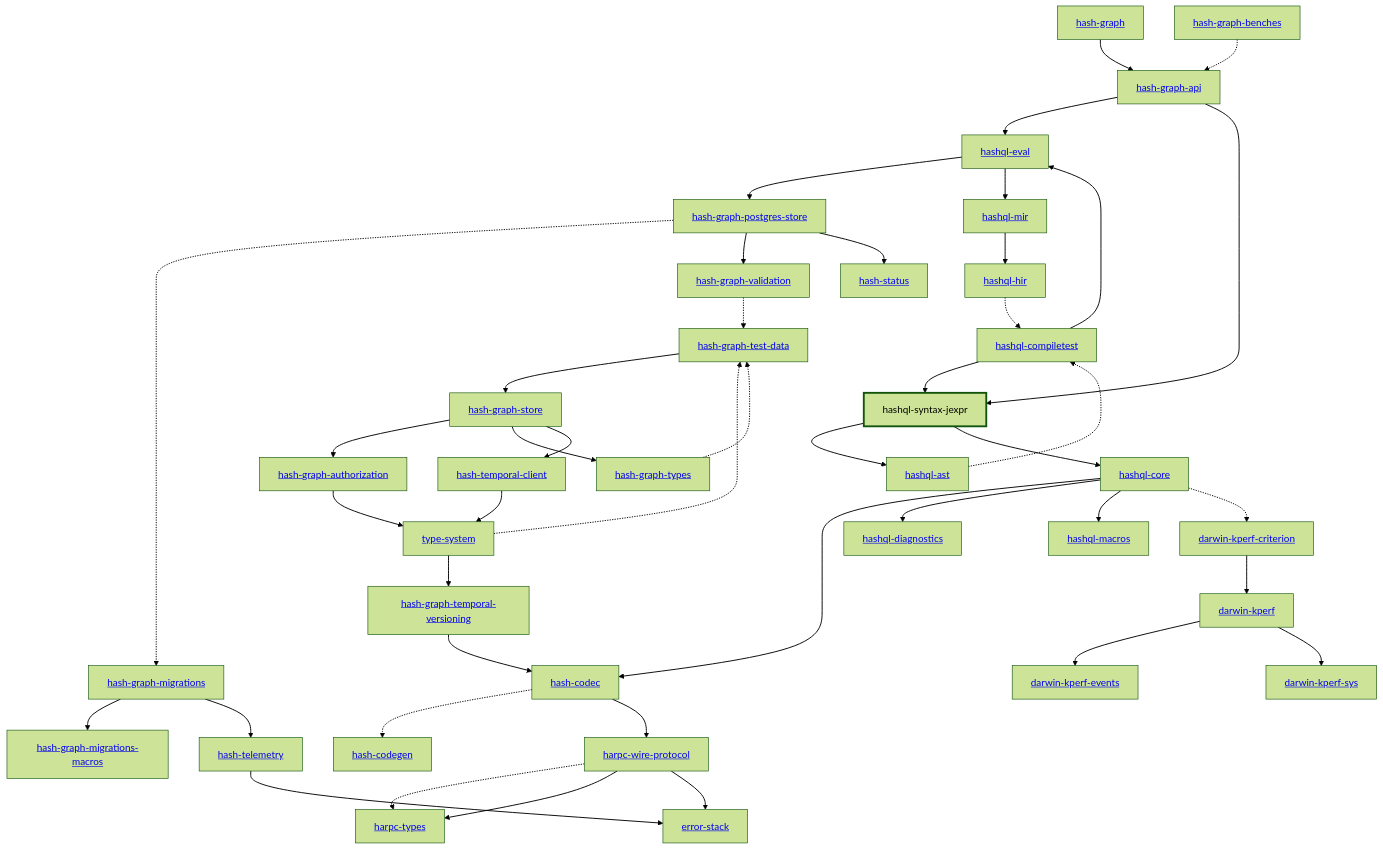
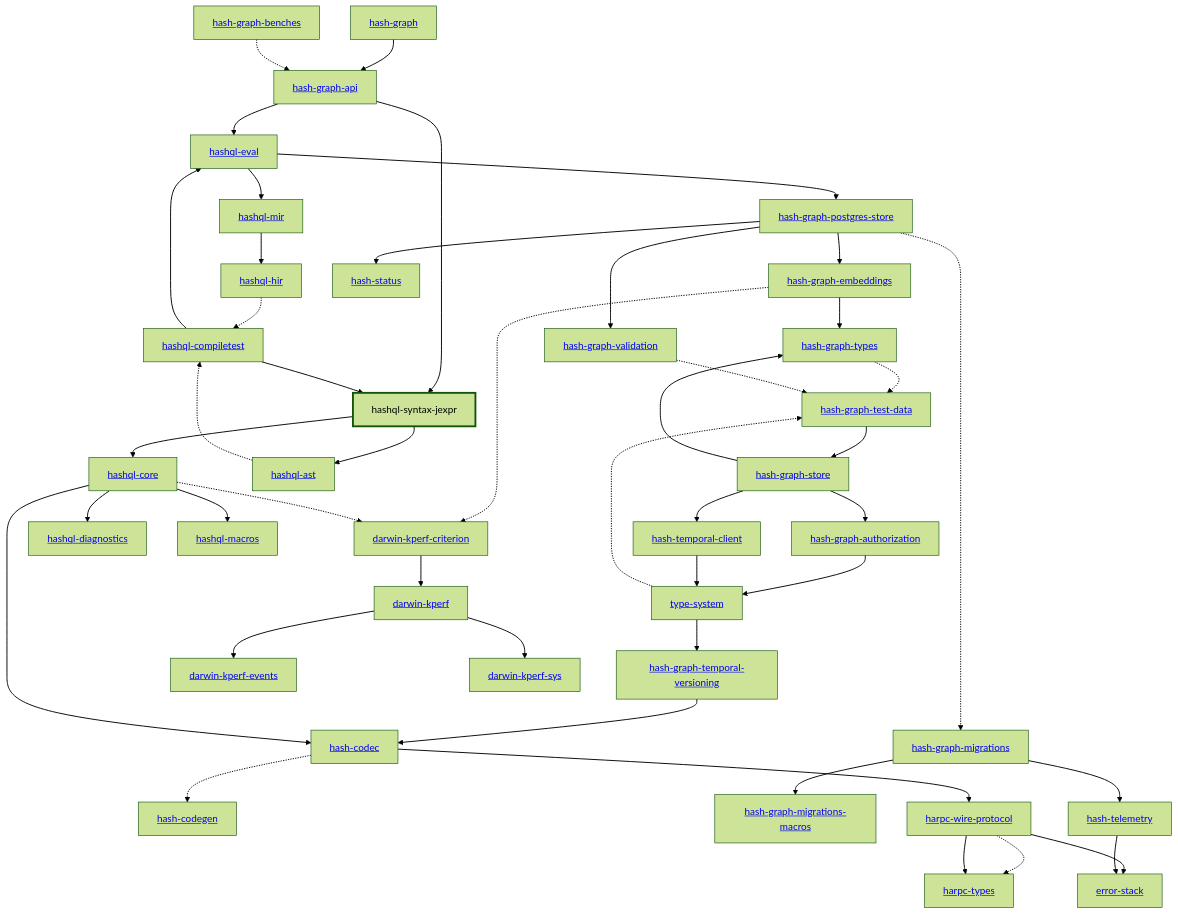
Before and after one commit to AKJUS/akin-hash: the diagram in libs/@local/hashql/syntax-jexpr/docs/dependency-diagram.mmd, drawn with Mermaid (forest theme). The commit also changed 52 other files, not shown here.

```diff
--- a/libs/@local/hashql/syntax-jexpr/docs/dependency-diagram.mmd
+++ b/libs/@local/hashql/syntax-jexpr/docs/dependency-diagram.mmd
@@ -1,87 +1,91 @@
 graph TD
     linkStyle default stroke-width:1.5px
     classDef default stroke-width:1px
     classDef root stroke-width:3px
     classDef dev stroke-width:1px
     classDef build stroke-width:1px
     %% Legend
     %% --> : Normal dependency
     %% -.-> : Dev dependency
     %% ---> : Build dependency
     0[<a href="../hash_graph/index.html">hash-graph</a>]
     1[<a href="../type_system/index.html">type-system</a>]
     2[<a href="../hash_codec/index.html">hash-codec</a>]
     3[<a href="../hash_codegen/index.html">hash-codegen</a>]
     4[<a href="../hash_graph_api/index.html">hash-graph-api</a>]
     5[<a href="../hash_graph_authorization/index.html">hash-graph-authorization</a>]
-    6[<a href="../hash_graph_migrations/index.html">hash-graph-migrations</a>]
-    7[<a href="../hash_graph_migrations_macros/index.html">hash-graph-migrations-macros</a>]
-    8[<a href="../hash_graph_postgres_store/index.html">hash-graph-postgres-store</a>]
-    9[<a href="../hash_graph_store/index.html">hash-graph-store</a>]
-    10[<a href="../hash_graph_temporal_versioning/index.html">hash-graph-temporal-versioning</a>]
-    11[<a href="../hash_graph_types/index.html">hash-graph-types</a>]
-    12[<a href="../hash_graph_validation/index.html">hash-graph-validation</a>]
-    13[<a href="../harpc_types/index.html">harpc-types</a>]
-    14[<a href="../harpc_wire_protocol/index.html">harpc-wire-protocol</a>]
-    15[<a href="../hashql_ast/index.html">hashql-ast</a>]
-    16[<a href="../hashql_compiletest/index.html">hashql-compiletest</a>]
-    17[<a href="../hashql_core/index.html">hashql-core</a>]
-    18[<a href="../hashql_diagnostics/index.html">hashql-diagnostics</a>]
-    19[<a href="../hashql_eval/index.html">hashql-eval</a>]
-    20[<a href="../hashql_hir/index.html">hashql-hir</a>]
-    21[<a href="../hashql_macros/index.html">hashql-macros</a>]
-    22[<a href="../hashql_mir/index.html">hashql-mir</a>]
-    23[hashql-syntax-jexpr]
-    class 23 root
-    24[<a href="../hash_status/index.html">hash-status</a>]
-    25[<a href="../hash_telemetry/index.html">hash-telemetry</a>]
-    26[<a href="../hash_temporal_client/index.html">hash-temporal-client</a>]
-    27[<a href="../darwin_kperf/index.html">darwin-kperf</a>]
-    28[<a href="../darwin_kperf_criterion/index.html">darwin-kperf-criterion</a>]
-    29[<a href="../darwin_kperf_events/index.html">darwin-kperf-events</a>]
-    30[<a href="../darwin_kperf_sys/index.html">darwin-kperf-sys</a>]
-    31[<a href="../error_stack/index.html">error-stack</a>]
-    32[<a href="../hash_graph_benches/index.html">hash-graph-benches</a>]
-    33[<a href="../hash_graph_test_data/index.html">hash-graph-test-data</a>]
+    6[<a href="../hash_graph_embeddings/index.html">hash-graph-embeddings</a>]
+    7[<a href="../hash_graph_migrations/index.html">hash-graph-migrations</a>]
+    8[<a href="../hash_graph_migrations_macros/index.html">hash-graph-migrations-macros</a>]
+    9[<a href="../hash_graph_postgres_store/index.html">hash-graph-postgres-store</a>]
+    10[<a href="../hash_graph_store/index.html">hash-graph-store</a>]
+    11[<a href="../hash_graph_temporal_versioning/index.html">hash-graph-temporal-versioning</a>]
+    12[<a href="../hash_graph_types/index.html">hash-graph-types</a>]
+    13[<a href="../hash_graph_validation/index.html">hash-graph-validation</a>]
+    14[<a href="../harpc_types/index.html">harpc-types</a>]
+    15[<a href="../harpc_wire_protocol/index.html">harpc-wire-protocol</a>]
+    16[<a href="../hashql_ast/index.html">hashql-ast</a>]
+    17[<a href="../hashql_compiletest/index.html">hashql-compiletest</a>]
+    18[<a href="../hashql_core/index.html">hashql-core</a>]
+    19[<a href="../hashql_diagnostics/index.html">hashql-diagnostics</a>]
+    20[<a href="../hashql_eval/index.html">hashql-eval</a>]
+    21[<a href="../hashql_hir/index.html">hashql-hir</a>]
+    22[<a href="../hashql_macros/index.html">hashql-macros</a>]
+    23[<a href="../hashql_mir/index.html">hashql-mir</a>]
+    24[hashql-syntax-jexpr]
+    class 24 root
+    25[<a href="../hash_status/index.html">hash-status</a>]
+    26[<a href="../hash_telemetry/index.html">hash-telemetry</a>]
+    27[<a href="../hash_temporal_client/index.html">hash-temporal-client</a>]
+    28[<a href="../darwin_kperf/index.html">darwin-kperf</a>]
+    29[<a href="../darwin_kperf_criterion/index.html">darwin-kperf-criterion</a>]
+    30[<a href="../darwin_kperf_events/index.html">darwin-kperf-events</a>]
+    31[<a href="../darwin_kperf_sys/index.html">darwin-kperf-sys</a>]
+    32[<a href="../error_stack/index.html">error-stack</a>]
+    33[<a href="../hash_graph_benches/index.html">hash-graph-benches</a>]
+    34[<a href="../hash_graph_test_data/index.html">hash-graph-test-data</a>]
     0 --> 4
-    1 --> 10
-    1 -.-> 33
+    1 --> 11
+    1 -.-> 34
     2 -.-> 3
-    2 --> 14
-    4 --> 19
-    4 --> 23
+    2 --> 15
+    4 --> 20
+    4 --> 24
     5 --> 1
-    6 --> 7
-    6 --> 25
-    8 -.-> 6
-    8 --> 12
-    8 --> 24
-    9 --> 5
-    9 --> 11
-    9 --> 26
-    10 --> 2
-    11 -.-> 33
-    12 -.-> 33
-    14 -.-> 13
-    14 --> 13
-    14 --> 31
-    15 -.-> 16
-    16 --> 19
-    16 --> 23
-    17 --> 2
-    17 --> 18
-    17 --> 21
-    17 -.-> 28
-    19 --> 8
-    19 --> 22
-    20 -.-> 16
-    22 --> 20
-    23 --> 15
-    23 --> 17
-    25 --> 31
-    26 --> 1
-    27 --> 29
-    27 --> 30
-    28 --> 27
-    32 -.-> 4
-    33 --> 9
+    6 --> 12
+    6 -.-> 29
+    7 --> 8
+    7 --> 26
+    9 --> 6
+    9 -.-> 7
+    9 --> 13
+    9 --> 25
+    10 --> 5
+    10 --> 12
+    10 --> 27
+    11 --> 2
+    12 -.-> 34
+    13 -.-> 34
+    15 -.-> 14
+    15 --> 14
+    15 --> 32
+    16 -.-> 17
+    17 --> 20
+    17 --> 24
+    18 --> 2
+    18 --> 19
+    18 --> 22
+    18 -.-> 29
+    20 --> 9
+    20 --> 23
+    21 -.-> 17
+    23 --> 21
+    24 --> 16
+    24 --> 18
+    26 --> 32
+    27 --> 1
+    28 --> 30
+    28 --> 31
+    29 --> 28
+    33 -.-> 4
+    34 --> 10
```
